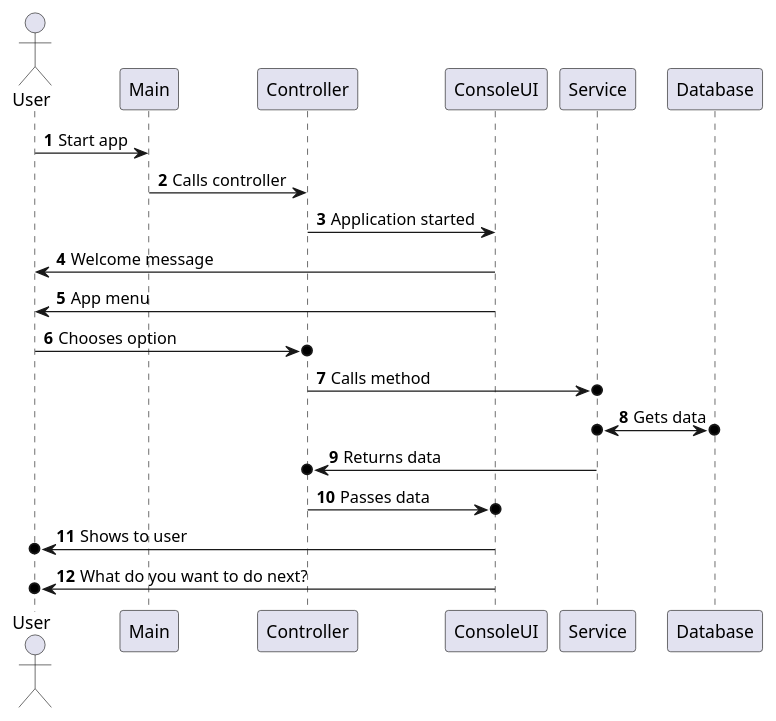
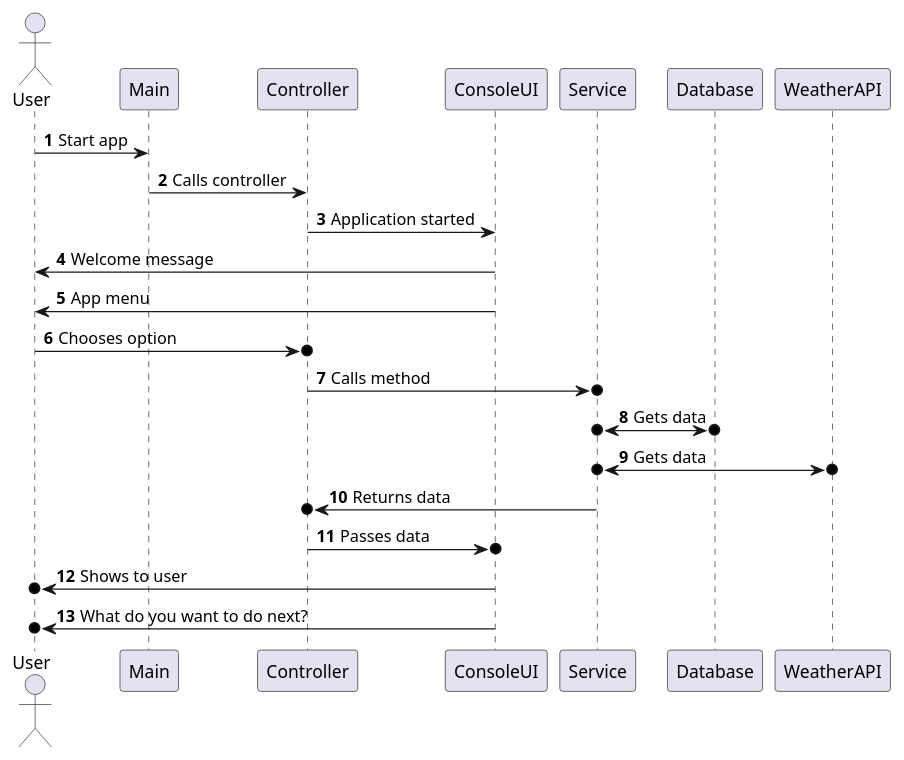
One commit to MarcelBuday/FirstJointProject changed the diagram in project structure.puml. Above: the diagram before and after it, drawn with PlantUML. The commit also changed 3 other files, not shown here.

```diff
--- a/project structure.puml
+++ b/project structure.puml
@@ -1,18 +1,19 @@
 @startuml
 'https://plantuml.com/sequence-diagram
 
 autonumber
 actor User
 User -> Main: Start app
 Main -> Controller: Calls controller
 Controller -> ConsoleUI: Application started
 ConsoleUI -> User: Welcome message
 ConsoleUI -> User: App menu
 User ->o Controller: Chooses option
 Controller ->o Service: Calls method
 Service o<->o Database: Gets data
+Service o<->o WeatherAPI: Gets data
 Service ->o Controller: Returns data
 Controller ->o ConsoleUI: Passes data
 ConsoleUI ->o User: Shows to user
 ConsoleUI ->o User: What do you want to do next?
 @enduml
```
